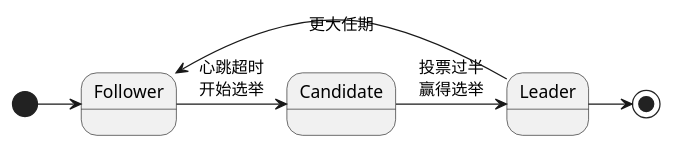
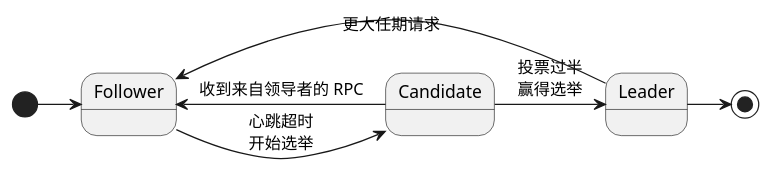
The first of 4 diagrams in src/pages/posts/distribution-raft.adoc (nocnob/notfound), drawn with PlantUML before and after one commit. The commit also changed other lines of this file and 1 other file, not shown here.

```diff
--- a/src/pages/posts/distribution-raft.adoc
+++ b/src/pages/posts/distribution-raft.adoc
@@ -15,10 +13,11 @@
 [source,plantuml]
 ----
 @startuml
 [*] -> Follower
 Follower -> Candidate: 心跳超时\n开始选举
+Follower <- Candidate: 收到来自领导者的 RPC
 Candidate -> Leader: 投票过半\n赢得选举
-Leader -> Follower: 更大任期
+Leader -> Follower: 更大任期请求
 Leader -> [*]
 @enduml
 ----
```
